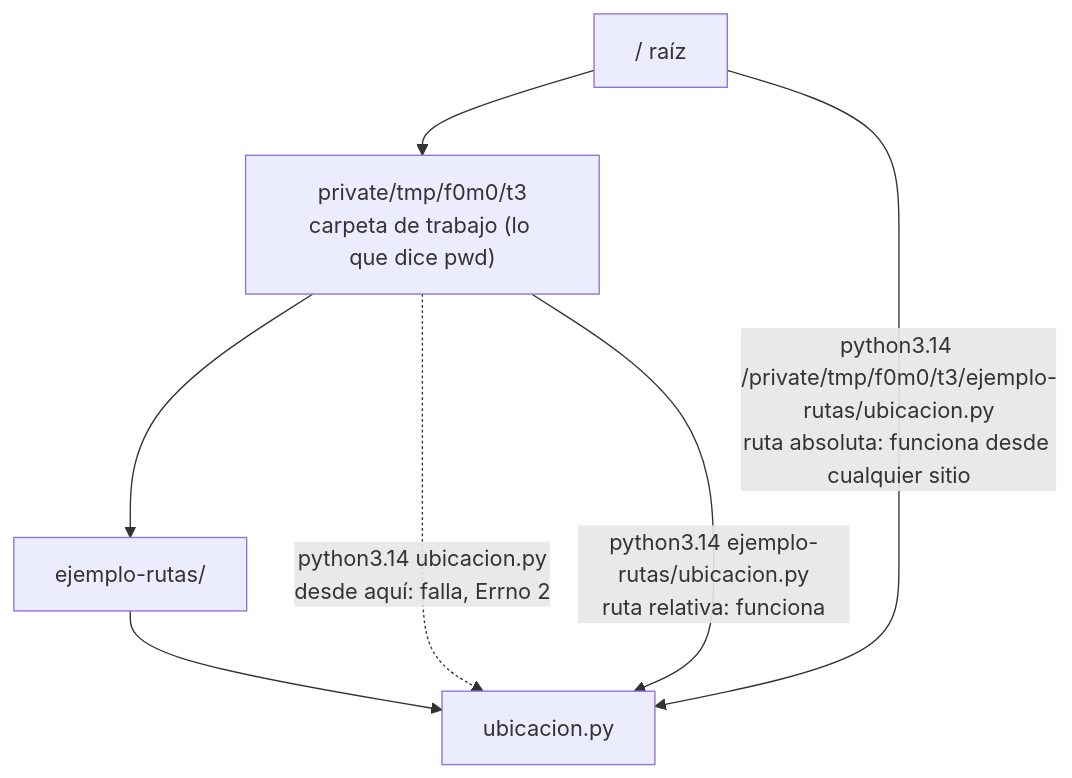
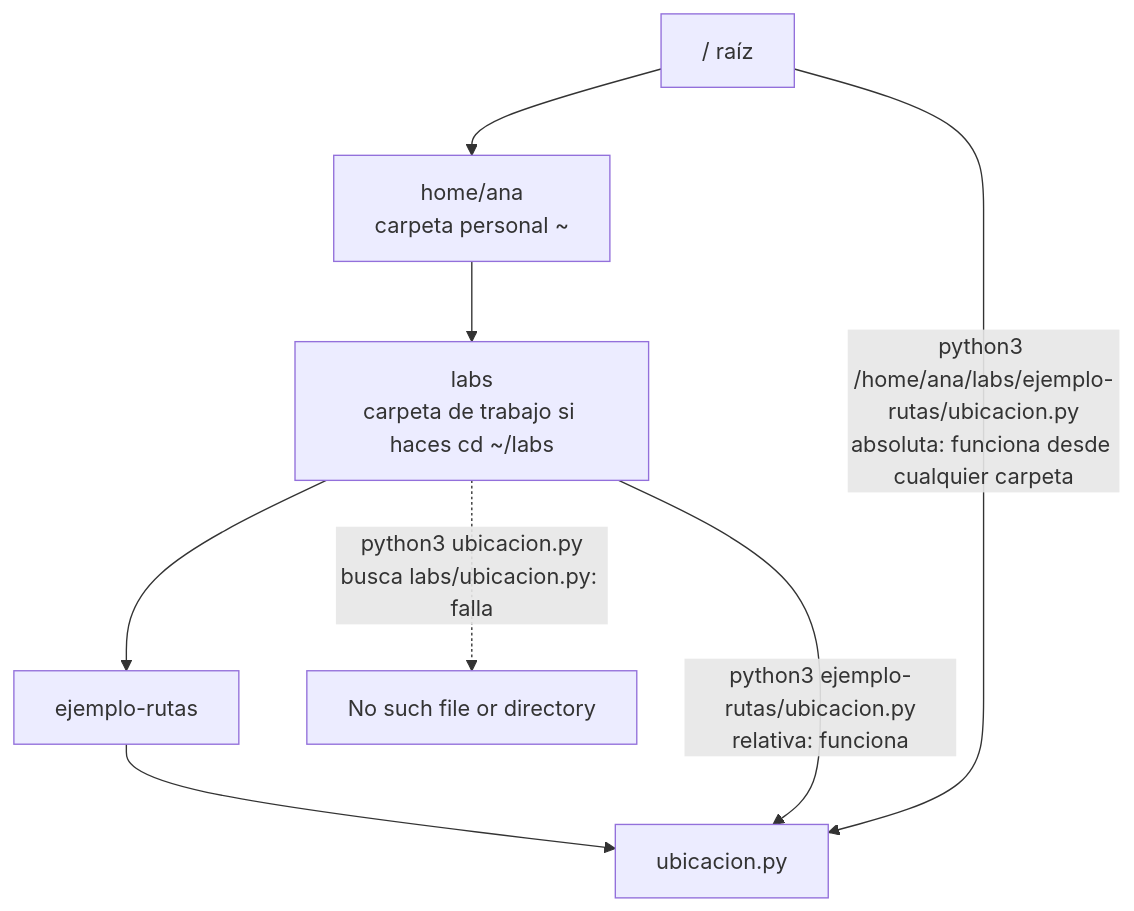
Before and after one commit to NICORUIZ93/The_Imperial_Book: the fourth of 7 diagrams in web/public/content/foundations/modulo-0.md, drawn with Mermaid. The commit also changed other lines of this file, not shown here.

````diff
--- a/web/public/content/foundations/modulo-0.md
+++ b/web/public/content/foundations/modulo-0.md
@@ -230,9 +688,10 @@
 ```mermaid
 flowchart TD
-    R["/  raíz"] --> D["private/tmp/f0m0/t3<br/>carpeta de trabajo (lo que dice pwd)"]
-    D --> E["ejemplo-rutas/"]
+    R["/ raíz"] --> H["home/ana<br/>carpeta personal ~"]
+    H --> L["labs<br/>carpeta de trabajo si haces cd ~/labs"]
+    L --> E["ejemplo-rutas"]
     E --> U["ubicacion.py"]
-    D -.->|"python3.14 ubicacion.py<br/>desde aquí: falla, Errno 2"| U
-    D -->|"python3.14 ejemplo-rutas/ubicacion.py<br/>ruta relativa: funciona"| U
-    R -->|"python3.14 /private/tmp/f0m0/t3/ejemplo-rutas/ubicacion.py<br/>ruta absoluta: funciona desde cualquier sitio"| U
+    L -.->|"python3 ubicacion.py<br/>busca labs/ubicacion.py: falla"| X["No such file or directory"]
+    L -->|"python3 ejemplo-rutas/ubicacion.py<br/>relativa: funciona"| U
+    R -->|"python3 /home/ana/labs/ejemplo-rutas/ubicacion.py<br/>absoluta: funciona desde cualquier carpeta"| U
 ```
````
